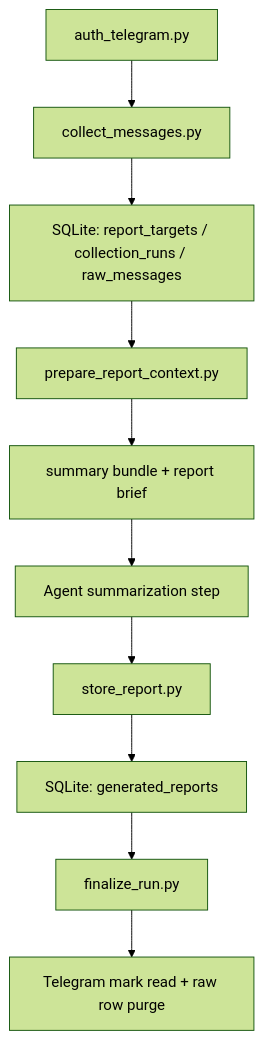
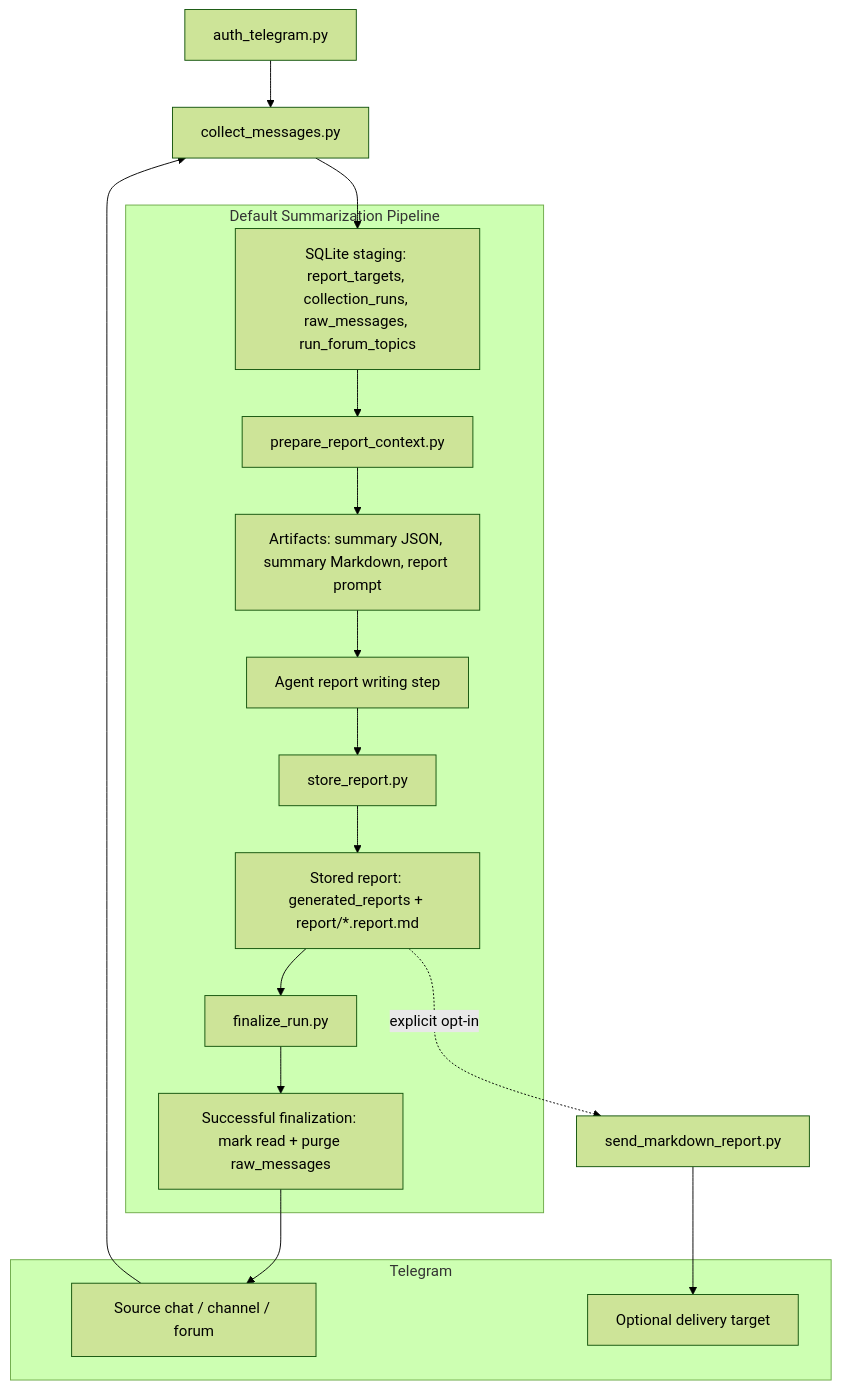
One commit to alexdeveloper909/SummarizeTelegramGroup changed the diagram in docs/architecture.md. Above: the diagram before and after it, drawn with Mermaid (forest theme). The commit also changed other lines of this file, not shown here.

Commit message:
improve architecture mermaid

````diff
--- a/docs/architecture.md
+++ b/docs/architecture.md
@@ -5,12 +5,34 @@
 ```mermaid
 flowchart TD
     A["auth_telegram.py"] --> B["collect_messages.py"]
-    B --> C["SQLite: report_targets / collection_runs / raw_messages"]
-    C --> D["prepare_report_context.py"]
-    D --> E["summary bundle + report brief"]
-    E --> F["Agent summarization step"]
-    F --> G["store_report.py"]
-    G --> H["SQLite: generated_reports"]
-    H --> I["finalize_run.py"]
-    I --> J["Telegram mark read + raw row purge"]
+
+    subgraph Telegram
+        T1["Source chat / channel / forum"]
+        T2["Optional delivery target"]
+    end
+
+    subgraph Pipeline["Default Summarization Pipeline"]
+        C["SQLite staging: report_targets, collection_runs, raw_messages, run_forum_topics"]
+        D["prepare_report_context.py"]
+        E["Artifacts: summary JSON, summary Markdown, report prompt"]
+        F["Agent report writing step"]
+        G["store_report.py"]
+        H["Stored report: generated_reports + report/*.report.md"]
+        I["finalize_run.py"]
+        J["Successful finalization: mark read + purge raw_messages"]
+    end
+
+    T1 --> B
+    B --> C
+    C --> D
+    D --> E
+    E --> F
+    F --> G
+    G --> H
+    H --> I
+    I --> J
+    J --> T1
+
+    K["send_markdown_report.py"] --> T2
+    H -. "explicit opt-in" .-> K
 ```
````
